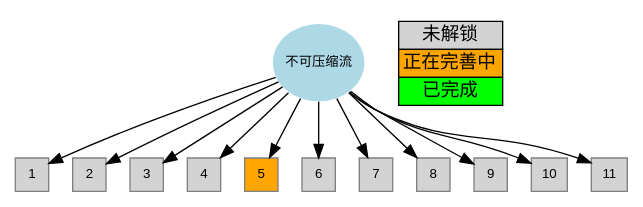
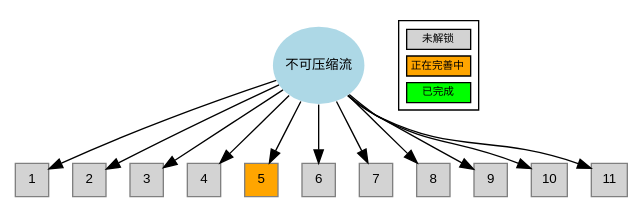
The diagram in sphinx/source/incompressible/map.dot (zguoch/OFTutorials), drawn with Graphviz before and after one commit. The commit also changed 1 other file, not shown here.

```diff
--- a/sphinx/source/incompressible/map.dot
+++ b/sphinx/source/incompressible/map.dot
@@ -1,40 +1,41 @@
 
   digraph G {
 
       incompressible[label="不可压缩流", tooltip="简短介绍", fontname="Arial", fontsize=10, height=.8,width=.8,shape="ellipse",style="filled", color=none,fillcolor=lightblue,href="https://gitlab.com",target="_top"];
 
       incompressible_SRFPimpleFoam[label="1", tooltip="SRFPimpleFoam", fontname="Arial", fontsize=10, height=.35,width=.35,shape="box",style="filled", fillcolor=lightgray, color=gray,href="https://gitlab.com",target="_top"];
       incompressible_SRFSimpleFoam[label="2", tooltip="SRFSimpleFoam", fontname="Arial", fontsize=10, height=.35,width=.35,shape="box",style="filled", fillcolor=lightgray, color=gray,href="https://gitlab.com",target="_top"];
       incompressible_adjointShapeOptimizationFoam[label="3", tooltip="adjointShapeOptimizationFoam", fontname="Arial", fontsize=10, height=.35,width=.35,shape="box",style="filled", fillcolor=lightgray, color=gray,href="https://gitlab.com",target="_top"];
       incompressible_boundaryFoam[label="4", tooltip="boundaryFoam", fontname="Arial", fontsize=10, height=.35,width=.35,shape="box",style="filled", fillcolor=lightgray, color=gray,href="https://gitlab.com",target="_top"];
       incompressible_icoFoam[label="5", tooltip="icoFoam", fontname="Arial", fontsize=10, height=.35,width=.35,shape="box",style="filled", fillcolor=orange, color=gray,href="https://oflab.gitlab.io/tutorials/incompressible/icoFoam/index.html",target="_top"];
       incompressible_nonNewtonianIcoFoam[label="6", tooltip="nonNewtonianIcoFoam", fontname="Arial", fontsize=10, height=.35,width=.35,shape="box",style="filled", fillcolor=lightgray, color=gray,href="https://gitlab.com",target="_top"];
       incompressible_pimpleFoam[label="7", tooltip="rhoSimpleFoam", fontname="Arial", fontsize=10, height=.35,width=.35,shape="box",style="filled", fillcolor=lightgray, color=gray,href="https://gitlab.com",target="_top"];
       incompressible_pisoFoam[label="8", tooltip="pimpleFoam", fontname="Arial", fontsize=10, height=.35,width=.35,shape="box",style="filled", fillcolor=lightgray, color=gray,href="https://gitlab.com",target="_top"];
       incompressible_porousSimpleFoam[label="9", tooltip="porousSimpleFoam", fontname="Arial", fontsize=10, height=.35,width=.35,shape="box",style="filled", fillcolor=lightgray, color=gray,href="https://gitlab.com",target="_top"];
       incompressible_shallowWaterFoam[label="10", tooltip="shallowWaterFoam", fontname="Arial", fontsize=10, height=.35,width=.35,shape="box",style="filled", fillcolor=lightgray, color=gray,href="https://gitlab.com",target="_top"];
       incompressible_simpleFoam[label="11", tooltip="simpleFoam", fontname="Arial", fontsize=10, height=.35,width=.35,shape="box",style="filled", fillcolor=lightgray, color=gray,href="https://gitlab.com",target="_top"];
       // 连接
       incompressible -> incompressible_SRFPimpleFoam;
       incompressible -> incompressible_SRFSimpleFoam;
       incompressible -> incompressible_adjointShapeOptimizationFoam;
       incompressible -> incompressible_boundaryFoam;
       incompressible -> incompressible_icoFoam;
       incompressible -> incompressible_nonNewtonianIcoFoam;
       incompressible -> incompressible_pimpleFoam;
       incompressible -> incompressible_pisoFoam;
       incompressible -> incompressible_porousSimpleFoam;
       incompressible -> incompressible_shallowWaterFoam;
       incompressible -> incompressible_simpleFoam;
 
       node [shape=plaintext]
       legend [
     fontname="Arial"
+    fontsize=8
    label=<
-     <table border="0" cellborder="1" cellspacing="0">
+     <table border="1" cellborder="1" cellspacing="5">
        <tr><td bgcolor="lightgray">未解锁</td></tr>
        <tr><td bgcolor="orange"><font color="black">正在完善中</font></td></tr>
        <tr><td bgcolor="lime"><font color="black">已完成</font></td></tr>
      </table>>
   ];
   }
```
